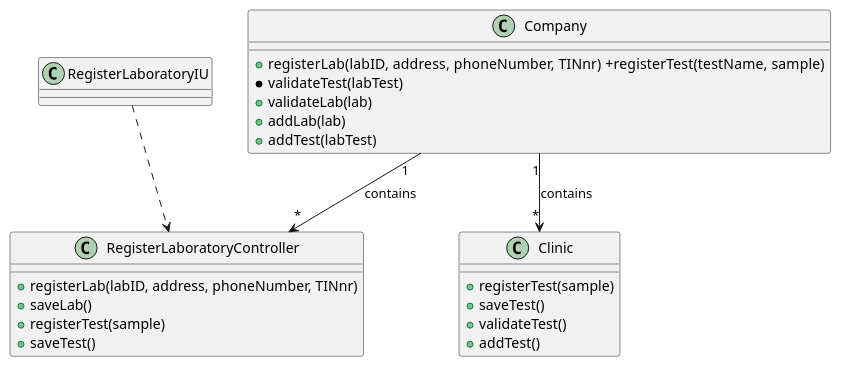
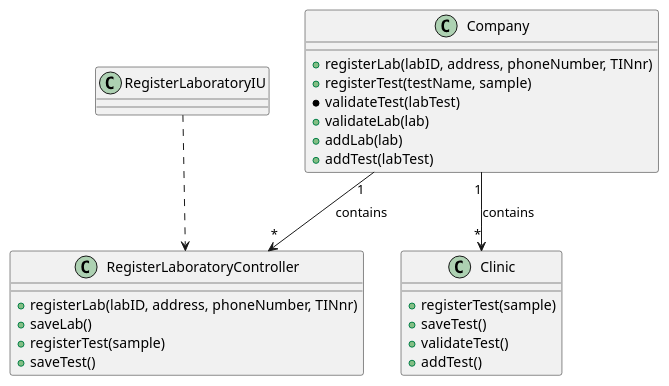
The diagram in docs/SprintB/US8/US8_CD.puml (jsmarques98/LAPR2-ISEP), drawn with PlantUML before and after one commit. The commit also changed 1 other file, not shown here.

```diff
--- a/docs/SprintB/US8/US8_CD.puml
+++ b/docs/SprintB/US8/US8_CD.puml
@@ -1,35 +1,35 @@
 @startuml
 
 skinparam classAtributionIconSize 0
 
 class RegisterLaboratoryIU
 
 class RegisterLaboratoryController {
     +registerLab(labID, address, phoneNumber, TINnr)
     +saveLab()
     +registerTest(sample)
     +saveTest()
 }
 
 class Clinic {
     +registerTest(sample)
     +saveTest()
     +validateTest()
     +addTest()
   }
 
 class Company {
-    +registerLab(labID, address, phoneNumber, TINnr)\
+    +registerLab(labID, address, phoneNumber, TINnr)
     +registerTest(testName, sample)
     *validateTest(labTest)
     +validateLab(lab)
     +addLab(lab)
     +addTest(labTest)
 
 }
 
 RegisterLaboratoryIU ..> RegisterLaboratoryController
 Company "1" --> "*" Clinic : contains
 Company "1" --> "*" RegisterLaboratoryController : contains
 
 @enduml
```
